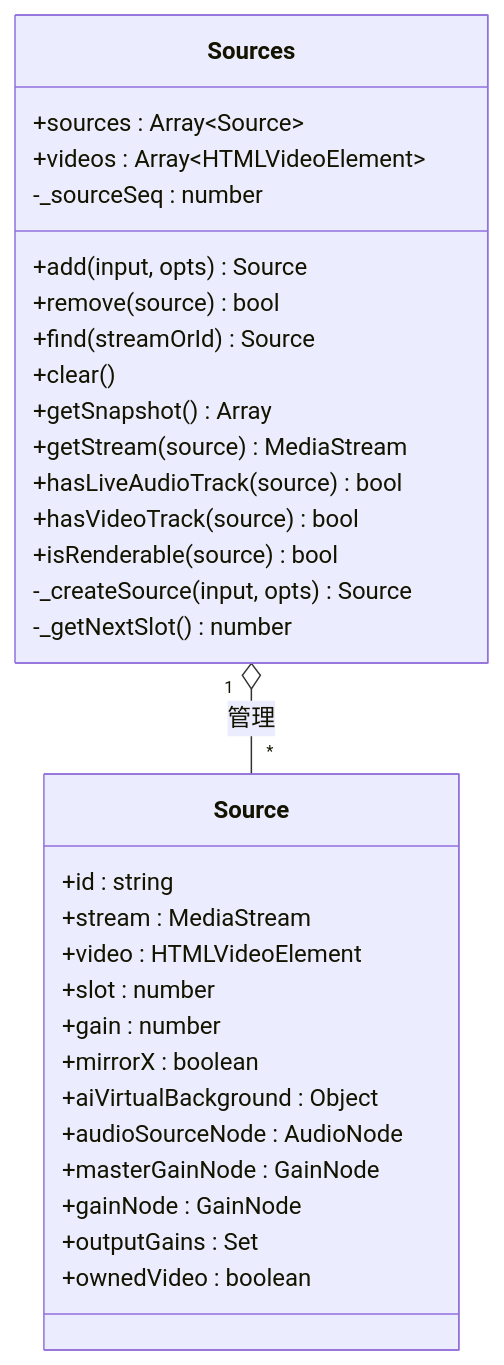
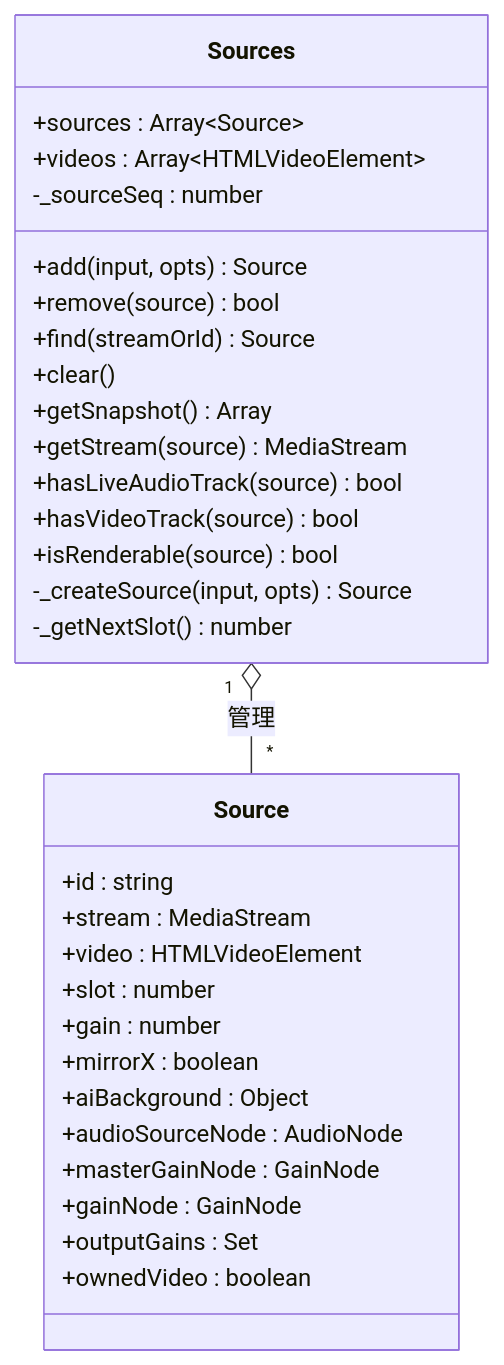
Before and after one commit to lei40251/JsSIP: diagram 15 of 19 in docs/MediaEffectsComposer/MediaEffectsComposer-学习手册.md, drawn with Mermaid. The commit also changed other lines of this file and 40 other files, not shown here.

````diff
--- a/docs/MediaEffectsComposer/MediaEffectsComposer-学习手册.md
+++ b/docs/MediaEffectsComposer/MediaEffectsComposer-学习手册.md
@@ -734,36 +734,36 @@
 ```mermaid
 classDiagram
     class Sources {
         +sources : Array~Source~
         +videos : Array~HTMLVideoElement~
         -_sourceSeq : number
         +add(input, opts) Source
         +remove(source) bool
         +find(streamOrId) Source
         +clear()
         +getSnapshot() Array
         +getStream(source) MediaStream
         +hasLiveAudioTrack(source) bool
         +hasVideoTrack(source) bool
         +isRenderable(source) bool
         -_createSource(input, opts) Source
         -_getNextSlot() number
     }
 
     class Source {
         +id : string
         +stream : MediaStream
         +video : HTMLVideoElement
         +slot : number
         +gain : number
         +mirrorX : boolean
-        +aiVirtualBackground : Object
+        +aiBackground : Object
         +audioSourceNode : AudioNode
         +masterGainNode : GainNode
         +gainNode : GainNode
         +outputGains : Set
         +ownedVideo : boolean
     }
 
     Sources "1" o-- "*" Source : 管理
 ```
````
